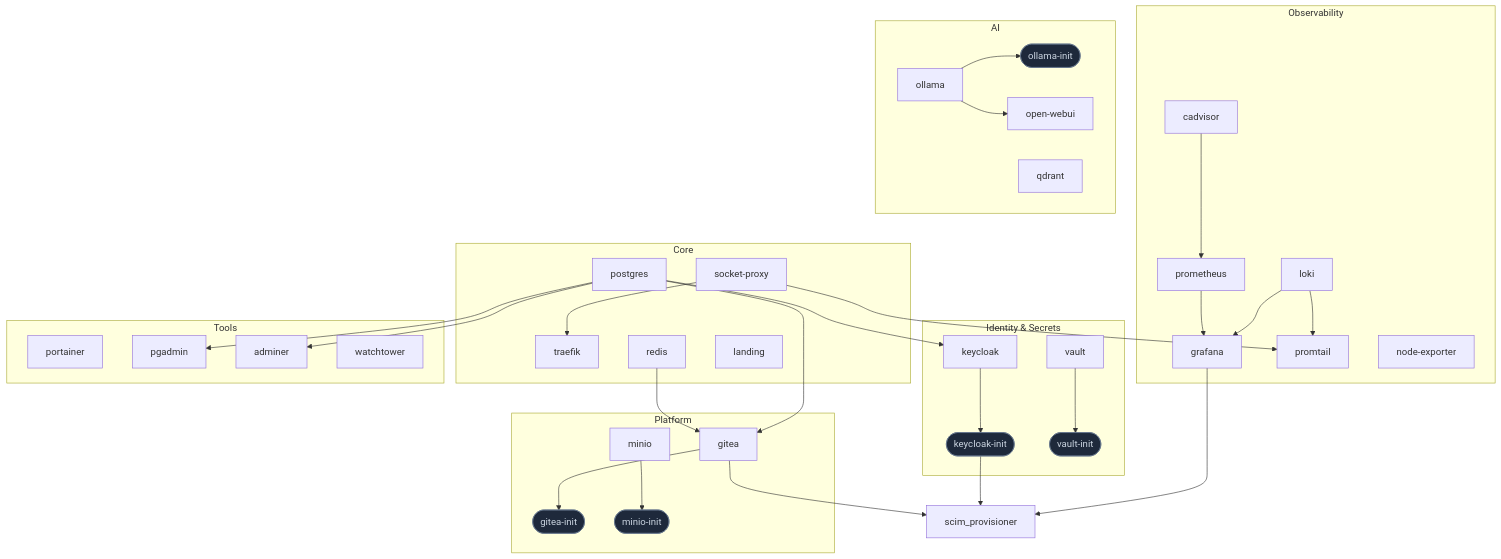
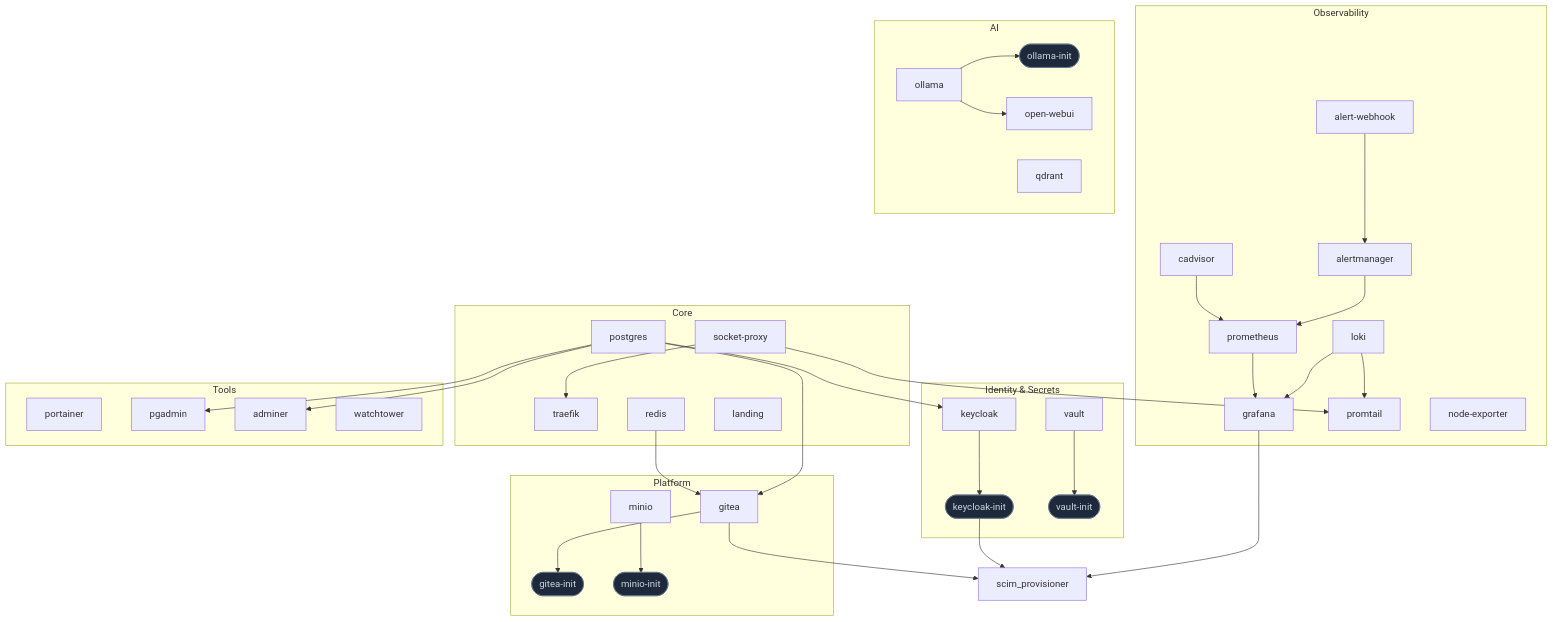
One commit to chriswayneh/lab-in-a-box changed the diagram in architecture/dependency-graph.mmd. Above: the diagram before and after it, drawn with Mermaid. The commit also changed 17 other files, not shown here.

````diff
--- a/architecture/dependency-graph.mmd
+++ b/architecture/dependency-graph.mmd
@@ -1,66 +1,70 @@
 %% GENERATED FILE — do not edit by hand. Regenerate with: make docs
 %% Renders natively on GitHub inside a ```mermaid fence.
 graph TD
     subgraph Core["Core"]
         traefik["traefik"]
         socket_proxy["socket-proxy"]
         postgres["postgres"]
         redis["redis"]
         landing["landing"]
     end
     subgraph Identity_and_Secrets["Identity & Secrets"]
         keycloak["keycloak"]
         keycloak_init(["keycloak-init"])
         vault["vault"]
         vault_init(["vault-init"])
     end
     subgraph Observability["Observability"]
         prometheus["prometheus"]
+        alertmanager["alertmanager"]
+        alert_webhook["alert-webhook"]
         grafana["grafana"]
         loki["loki"]
         promtail["promtail"]
         cadvisor["cadvisor"]
         node_exporter["node-exporter"]
     end
     subgraph AI["AI"]
         ollama["ollama"]
         ollama_init(["ollama-init"])
         open_webui["open-webui"]
         qdrant["qdrant"]
     end
     subgraph Platform["Platform"]
         gitea["gitea"]
         gitea_init(["gitea-init"])
         minio["minio"]
         minio_init(["minio-init"])
     end
     subgraph Tools["Tools"]
         portainer["portainer"]
         pgadmin["pgadmin"]
         adminer["adminer"]
         watchtower["watchtower"]
     end
 
     postgres --> adminer
+    alert_webhook --> alertmanager
     postgres --> gitea
     redis --> gitea
     gitea --> gitea_init
     loki --> grafana
     prometheus --> grafana
     postgres --> keycloak
     keycloak --> keycloak_init
     minio --> minio_init
     ollama --> ollama_init
     ollama --> open_webui
     postgres --> pgadmin
+    alertmanager --> prometheus
     cadvisor --> prometheus
     loki --> promtail
     socket_proxy --> promtail
     gitea --> scim_provisioner
     grafana --> scim_provisioner
     keycloak_init --> scim_provisioner
     socket_proxy --> traefik
     vault --> vault_init
 
     classDef initJob fill:#1e293b,stroke:#64748b,stroke-width:1px,color:#cbd5e1;
     class gitea_init,keycloak_init,minio_init,ollama_init,vault_init initJob;
````
